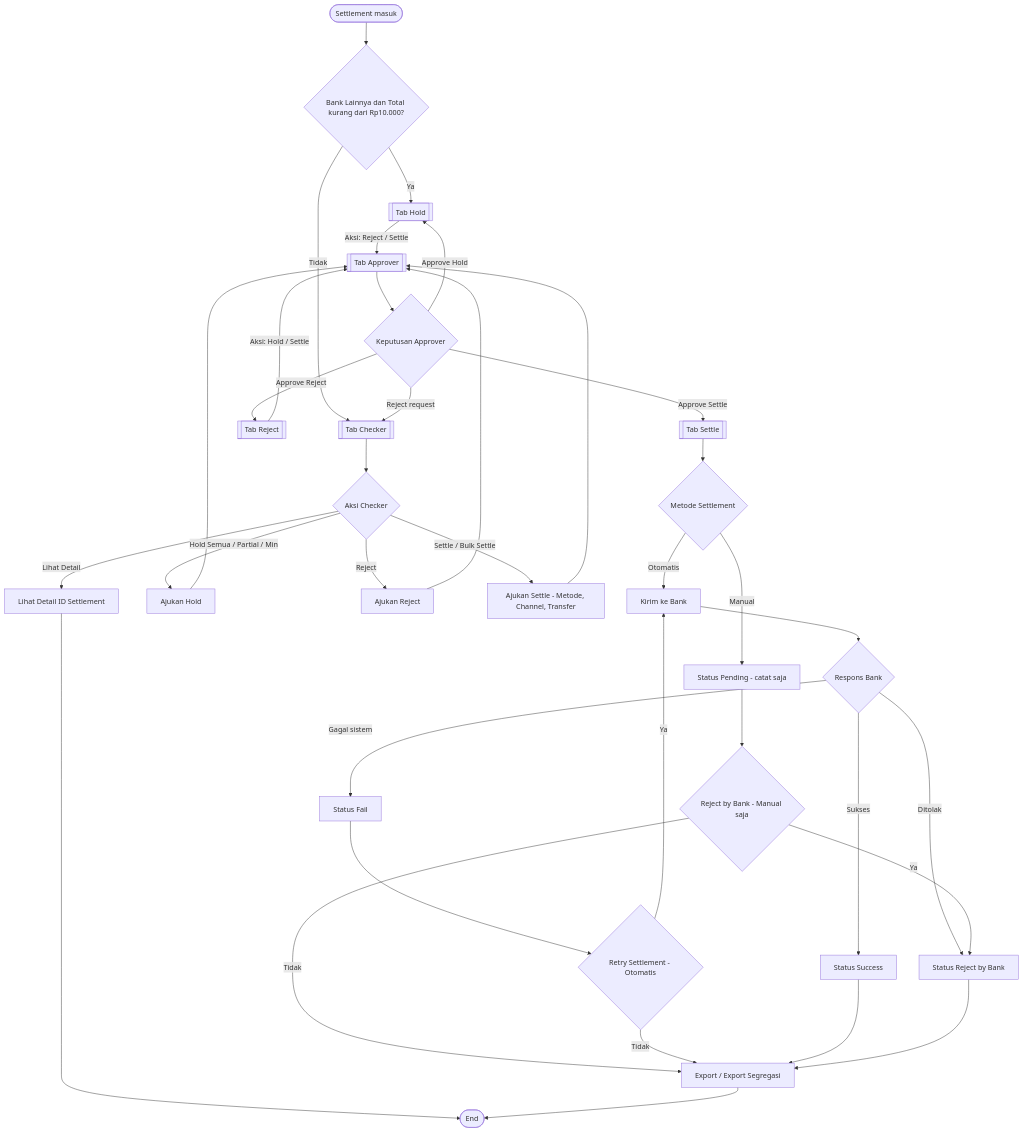
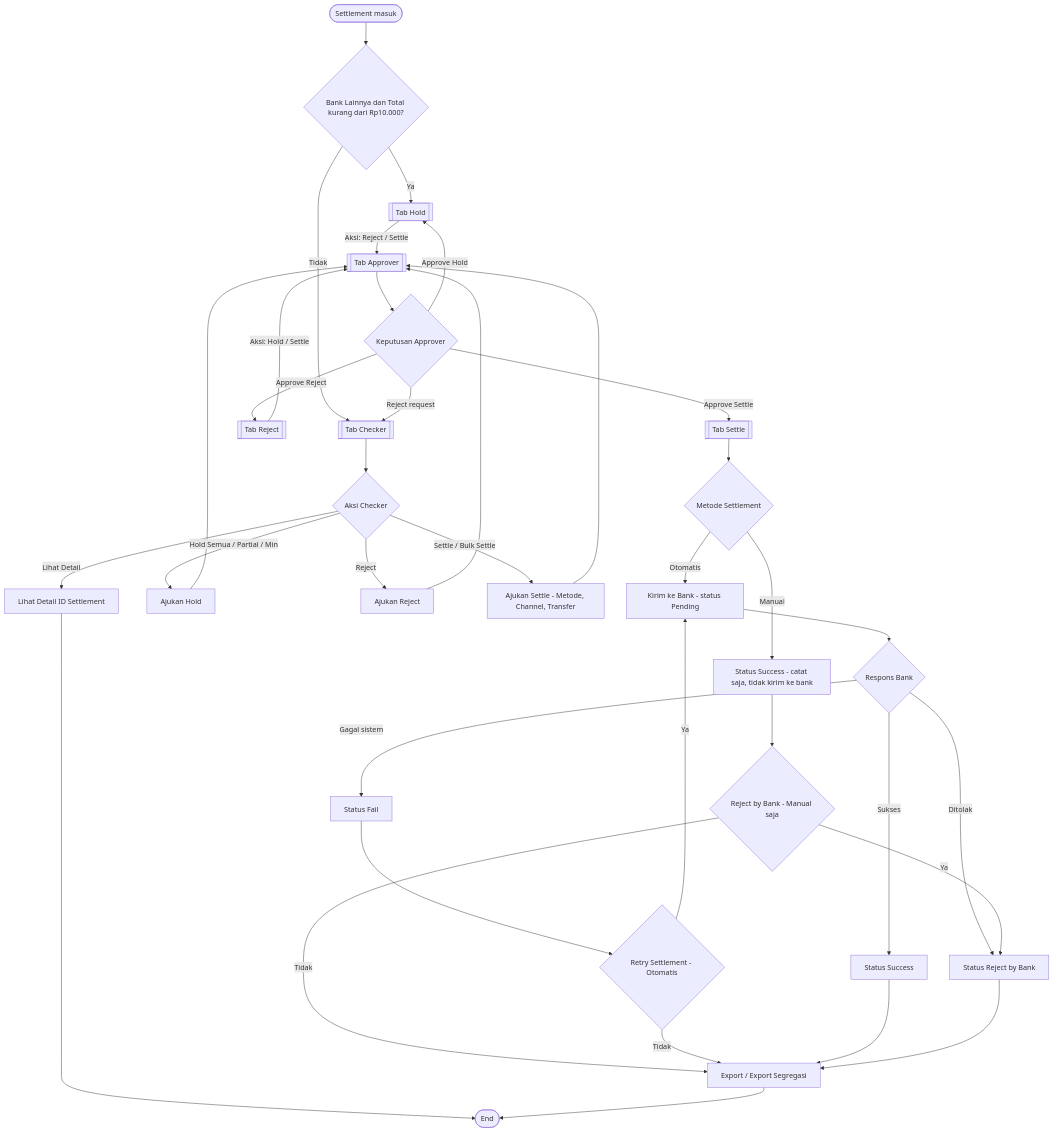
One commit to paydia-product/mockup-auto-recon changed the first of 9 diagrams in FLOW-AUTO-SETTLEMENT.md. Above: the diagram before and after it, drawn with Mermaid. The commit also changed other lines of this file and 4 other files, not shown here.

First line of the commit message:
Docs: align Auto Settlement flow + Panduan with Manual->Success behavior

````diff
--- a/FLOW-AUTO-SETTLEMENT.md
+++ b/FLOW-AUTO-SETTLEMENT.md
@@ -13,44 +13,44 @@
 ```mermaid
 flowchart TD
     A([Settlement masuk]) --> B{"Bank Lainnya dan Total kurang dari Rp10.000?"}
     B -->|Ya| HOLD[[Tab Hold]]
     B -->|Tidak| CHK[[Tab Checker]]
 
     CHK --> ACT{Aksi Checker}
     ACT -->|Lihat Detail| DET[Lihat Detail ID Settlement]
     ACT -->|Hold Semua / Partial / Min| AH[Ajukan Hold]
     ACT -->|Reject| AR[Ajukan Reject]
     ACT -->|Settle / Bulk Settle| AS[Ajukan Settle - Metode, Channel, Transfer]
     DET --> Z([End])
 
     AH --> APV[[Tab Approver]]
     AR --> APV
     AS --> APV
 
     APV --> DEC{Keputusan Approver}
     DEC -->|Reject request| CHK
     DEC -->|Approve Hold| HOLD
     DEC -->|Approve Reject| REJ[[Tab Reject]]
     DEC -->|Approve Settle| SET[[Tab Settle]]
 
     HOLD -->|Aksi: Reject / Settle| APV
     REJ -->|Aksi: Hold / Settle| APV
 
     SET --> MET{Metode Settlement}
-    MET -->|Manual| PEND[Status Pending - catat saja]
-    MET -->|Otomatis| BANK[Kirim ke Bank]
+    MET -->|Manual| MSUC[Status Success - catat saja, tidak kirim ke bank]
+    MET -->|Otomatis| BANK[Kirim ke Bank - status Pending]
     BANK --> RESP{Respons Bank}
     RESP -->|Sukses| SUC[Status Success]
     RESP -->|Gagal sistem| FAIL[Status Fail]
     RESP -->|Ditolak| RBB[Status Reject by Bank]
 
-    PEND --> RbB{Reject by Bank - Manual saja}
+    MSUC --> RbB{Reject by Bank - Manual saja}
     RbB -->|Ya| RBB
     RbB -->|Tidak| EXP[Export / Export Segregasi]
     FAIL --> RTR{Retry Settlement - Otomatis}
     RTR -->|Ya| BANK
     RTR -->|Tidak| EXP
     SUC --> EXP
     RBB --> EXP
     EXP --> Z
 ```
````
